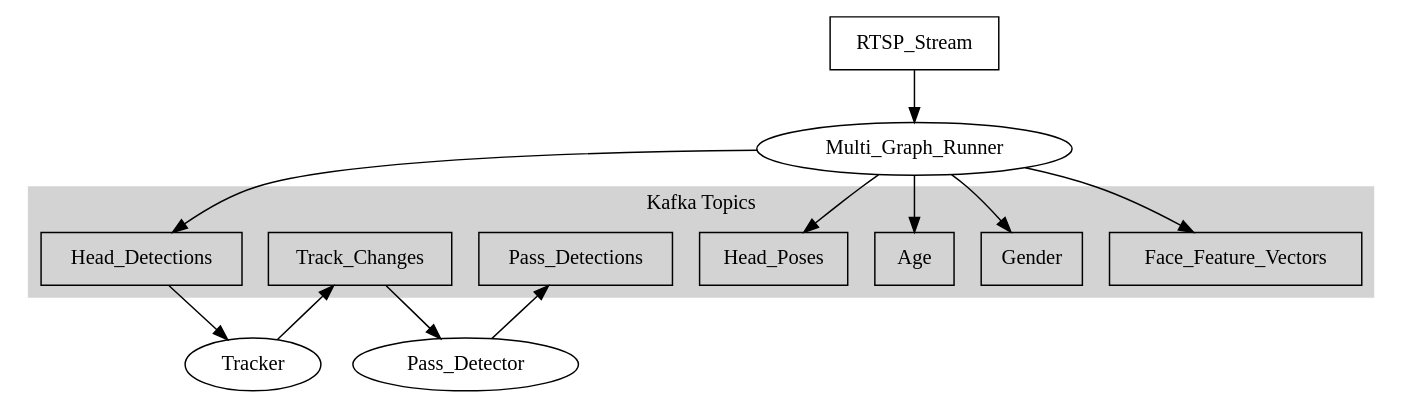
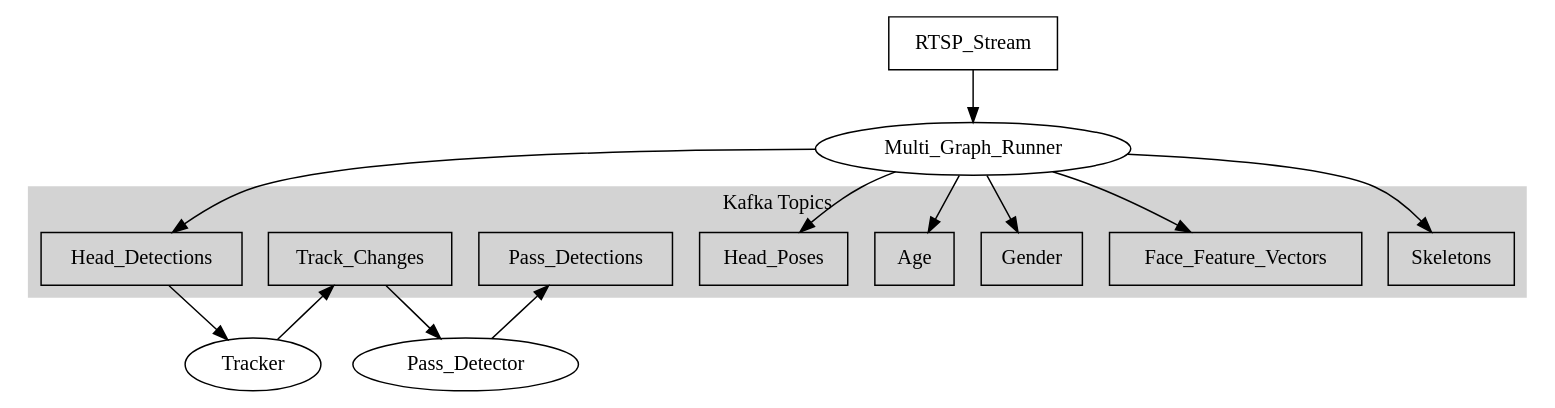
One commit to Ultinous/uvap changed the diagram in docs/developers_guide/uvap_architecture.dot. Above: the diagram before and after it, drawn with Graphviz. The commit also changed 45 other files, not shown here.

```diff
--- a/docs/developers_guide/uvap_architecture.dot
+++ b/docs/developers_guide/uvap_architecture.dot
@@ -1,35 +1,37 @@
 digraph {
   // Data nodes
   subgraph cluster_0 {
     style=filled;
     color=lightgrey;
     label="Kafka Topics";
     Head_Detections [shape=box];
     Track_Changes [shape=box];
     Pass_Detections [shape=box];
     Head_Poses [shape=box];
     Age [shape=box];
     Gender [shape=box];
     Face_Feature_Vectors [shape=box];
+    Skeletons [shape=box];
     {
         edge[style=invis]
         rank = same;
-        Head_Detections -> Track_Changes -> Pass_Detections -> Head_Poses -> Age -> Gender -> Face_Feature_Vectors;
+        Head_Detections -> Track_Changes -> Pass_Detections -> Head_Poses -> Age -> Gender -> Face_Feature_Vectors -> Skeletons
     }
   }
   RTSP_Stream [shape=box];
 
   // MGR
   RTSP_Stream -> Multi_Graph_Runner;
   Multi_Graph_Runner -> Head_Detections;
   Multi_Graph_Runner -> Head_Poses;
   Multi_Graph_Runner -> Age;
   Multi_Graph_Runner -> Gender;
   Multi_Graph_Runner -> Face_Feature_Vectors;
+  Multi_Graph_Runner -> Skeletons;
 
   // Tracking
   Head_Detections -> Tracker -> Track_Changes;
 
   // Pass det
   Track_Changes -> Pass_Detector -> Pass_Detections;
 }
```
